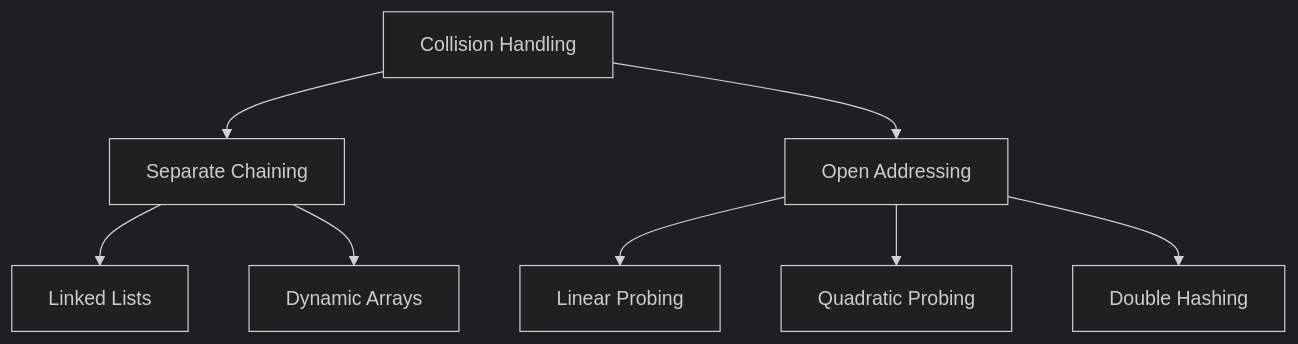
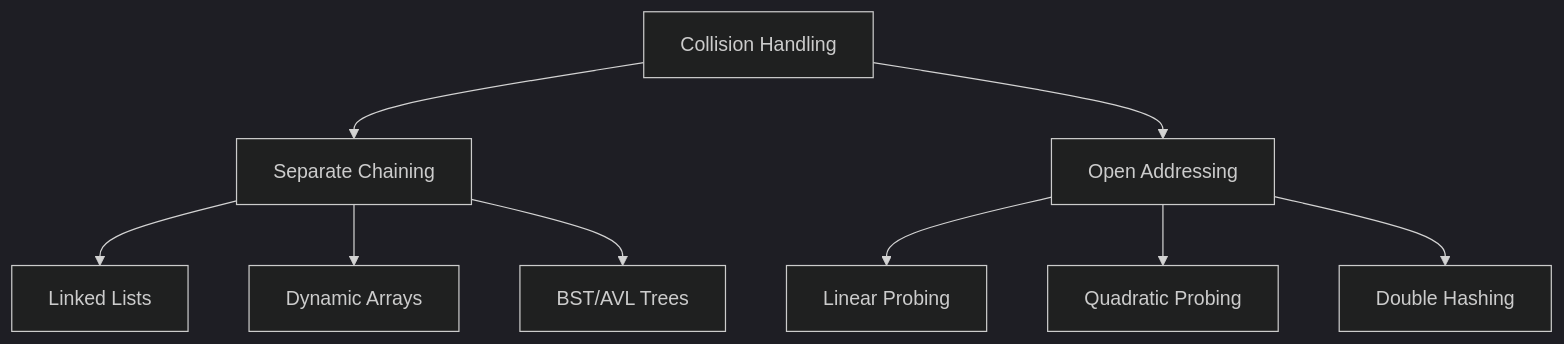
The second of 3 diagrams in src/content/soft-skills/dsa/bai-6.mdx (khieu-dv/vievlog), drawn with Mermaid (dark theme) before and after one commit. The commit also changed other lines of this file and 8 other files, not shown here.

````diff
--- a/src/content/soft-skills/dsa/bai-6.mdx
+++ b/src/content/soft-skills/dsa/bai-6.mdx
@@ -88,12 +97,13 @@
 ```mermaid
 graph TD
     A[Collision Handling] --> B[Separate Chaining]
     A --> C[Open Addressing]
-
-    B --> D[Linked Lists]
-    B --> E[Dynamic Arrays]
-
-    C --> F[Linear Probing]
-    C --> G[Quadratic Probing]
-    C --> H[Double Hashing]
+    
+    B --> B1[Linked Lists]
+    B --> B2[Dynamic Arrays]
+    B --> B3[BST/AVL Trees]
+    
+    C --> C1[Linear Probing]
+    C --> C2[Quadratic Probing] 
+    C --> C3[Double Hashing]
 ```
````
